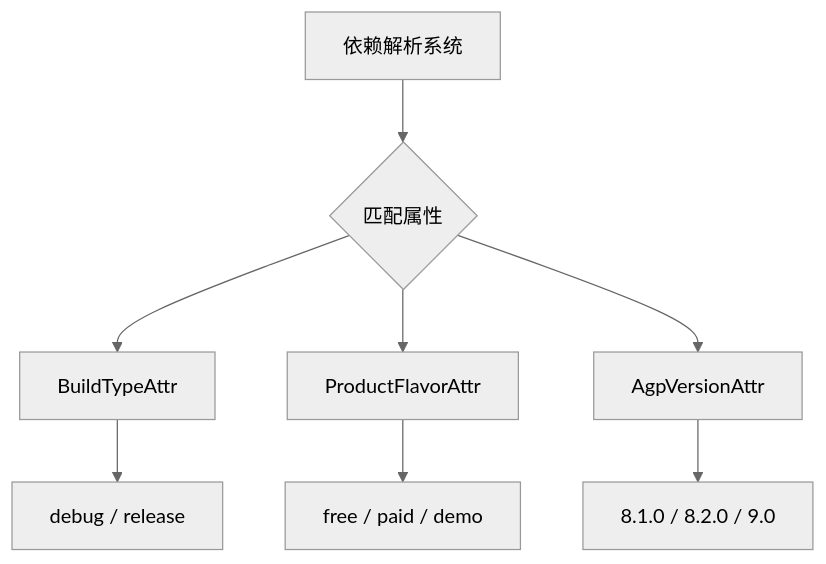
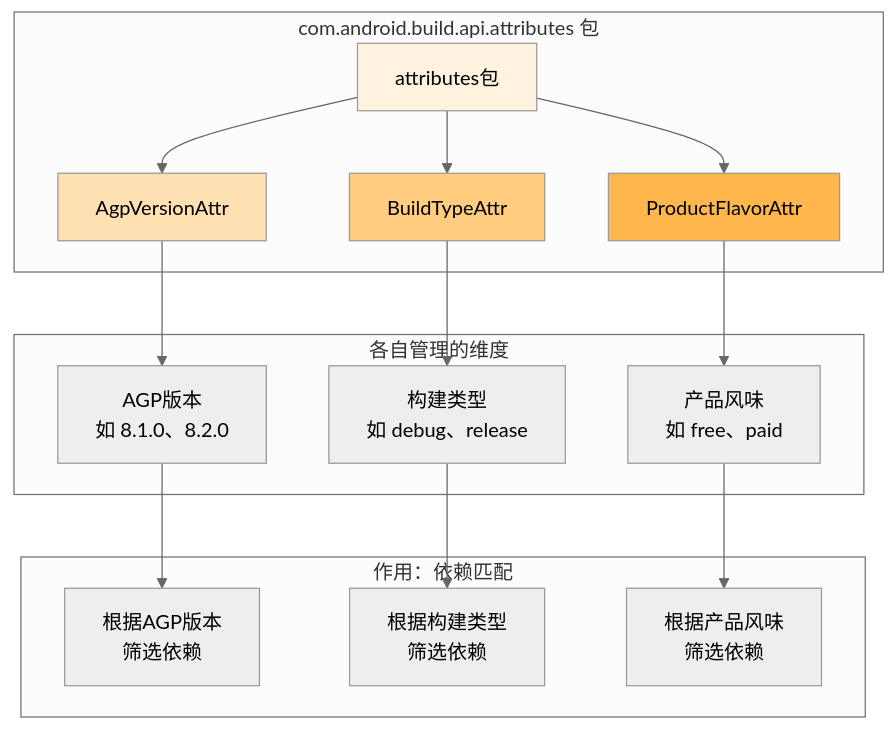
The first of 3 diagrams in AndroidDeveloperGuideStory/Contents/vol21/21.1.54 com.android.build.api.attributes.md (Carrie-L/carrie-l.github.io), drawn with Mermaid (neutral theme) before and after one commit. The commit also changed other lines of this file, not shown here.

Commit message:
feat(chapter-21.1.54): complete com.android.build.api.attributes package summary chapter

````diff
--- a/AndroidDeveloperGuideStory/Contents/vol21/21.1.54 com.android.build.api.attributes.md
+++ b/AndroidDeveloperGuideStory/Contents/vol21/21.1.54 com.android.build.api.attributes.md
@@ -51,10 +57,25 @@
 ```mermaid
 graph TB
-    A[依赖解析系统] --> B{匹配属性}
-    B --> C[BuildTypeAttr]
-    B --> D[ProductFlavorAttr]
-    B --> E[AgpVersionAttr]
-    C --> F[debug / release]
-    D --> G[free / paid / demo]
-    E --> H[8.1.0 / 8.2.0 / 9.0]
+    subgraph "com.android.build.api.attributes 包"
+        A[attributes包] --> B[AgpVersionAttr]
+        A --> C[BuildTypeAttr]
+        A --> D[ProductFlavorAttr]
+    end
+    
+    subgraph "各自管理的维度"
+        B --> E["AGP版本<br/>如 8.1.0、8.2.0"]
+        C --> F["构建类型<br/>如 debug、release"]
+        D --> G["产品风味<br/>如 free、paid"]
+    end
+    
+    subgraph "作用：依赖匹配"
+        E --> H[根据AGP版本<br/>筛选依赖]
+        F --> I[根据构建类型<br/>筛选依赖]
+        G --> J[根据产品风味<br/>筛选依赖]
+    end
+    
+    style A fill:#fff3e0
+    style B fill:#ffe0b2
+    style C fill:#ffcc80
+    style D fill:#ffb74d
 ```
````
